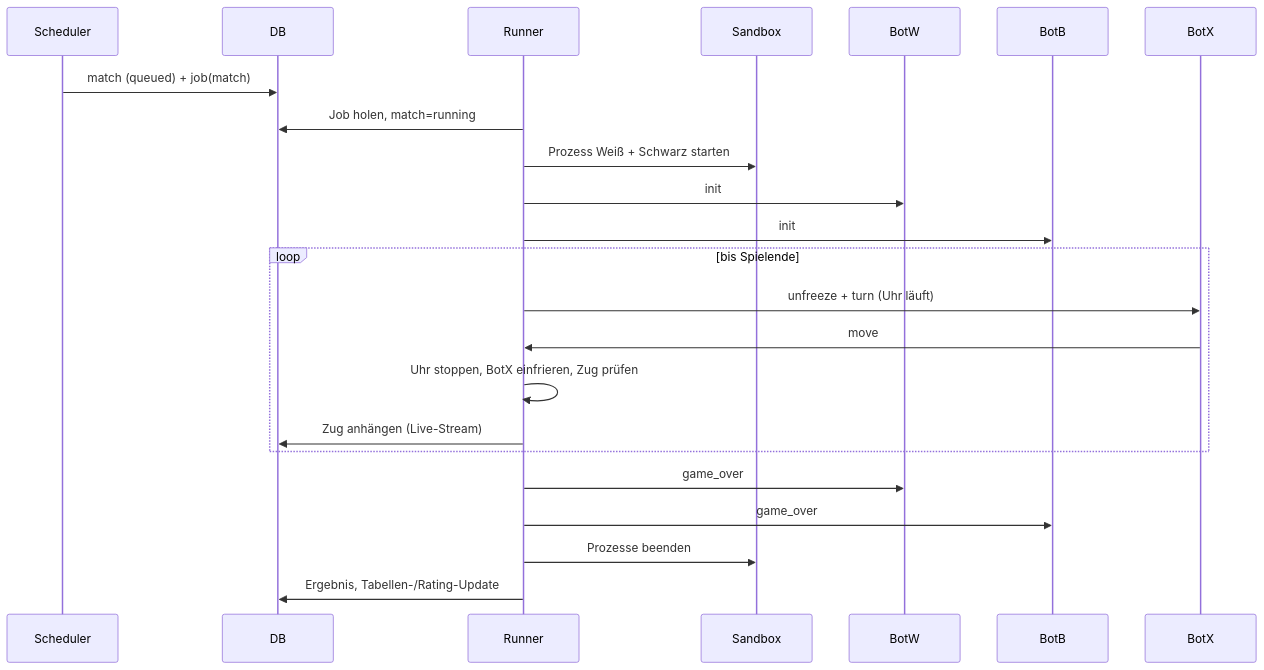
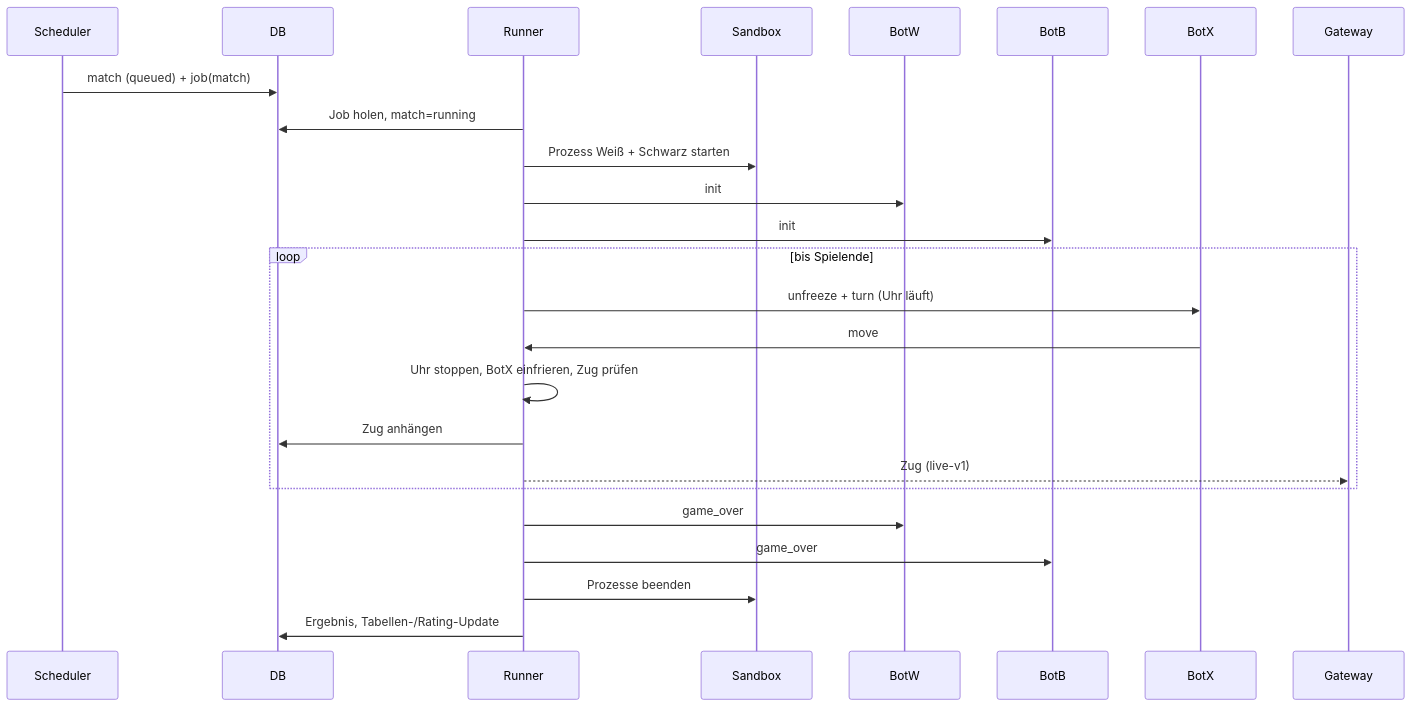
Before and after one commit to DevTGP/SchachBotManager: the second of 2 diagrams in docs/architektur/ablaeufe.md, drawn with Mermaid. The commit also changed other lines of this file and 13 other files, not shown here.

Commit message:
Document M4 step 5: live channel over the gateway (E142)

````diff
--- a/docs/architektur/ablaeufe.md
+++ b/docs/architektur/ablaeufe.md
@@ -25,18 +25,19 @@
 ```mermaid
 sequenceDiagram
   Scheduler->>DB: match (queued) + job(match)
   Runner->>DB: Job holen, match=running
   Runner->>Sandbox: Prozess Weiß + Schwarz starten
   Runner->>BotW: init
   Runner->>BotB: init
   loop bis Spielende
     Runner->>BotX: unfreeze + turn (Uhr läuft)
     BotX->>Runner: move
     Runner->>Runner: Uhr stoppen, BotX einfrieren, Zug prüfen
-    Runner->>DB: Zug anhängen (Live-Stream)
+    Runner->>DB: Zug anhängen
+    Runner-->>Gateway: Zug (live-v1)
   end
   Runner->>BotW: game_over
   Runner->>BotB: game_over
   Runner->>Sandbox: Prozesse beenden
   Runner->>DB: Ergebnis, Tabellen-/Rating-Update
 ```
````
